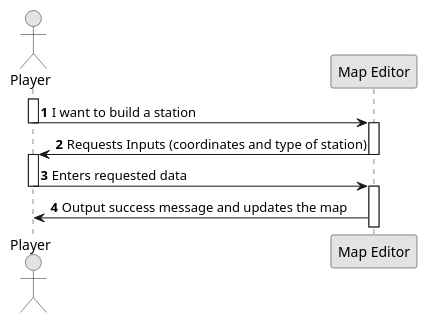
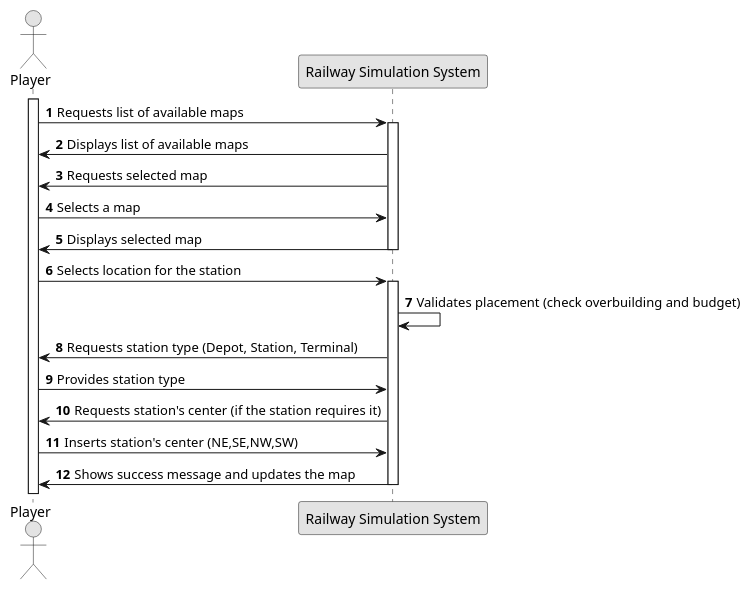
Before and after one commit to goncalolopesp/sem2-pi-24.25-g093-repo: the diagram in docs/system-documentation/US005/01.requirements-engineering/puml/US005-SSD.puml, drawn with PlantUML. The commit also changed 3 other files, not shown here.

```diff
--- a/docs/system-documentation/US005/01.requirements-engineering/puml/US005-SSD.puml
+++ b/docs/system-documentation/US005/01.requirements-engineering/puml/US005-SSD.puml
@@ -1,28 +1,42 @@
 @startuml
 
 skinparam monochrome true
 skinparam packageStyle rectangle
 skinparam shadowing false
 
 autonumber
 
 actor "Player" as Player
-participant "Map Editor" as System
+participant "Railway Simulation System" as System
 
 activate Player
 
-    Player -> System : I want to build a station
-    deactivate Player
+    Player -> System : Requests list of available maps
     activate System
 
-    System -> Player : Requests Inputs (coordinates and type of station)
+    System -> Player : Displays list of available maps
+
+    System -> Player : Requests selected map
+
+    Player -> System : Selects a map
+
+    System -> Player : Displays selected map
     deactivate System
-    activate Player
 
-    Player -> System : Enters requested data
-    deactivate Player
+    Player -> System : Selects location for the station
     activate System
 
-    System -> Player : Output success message and updates the map
+    System -> System : Validates placement (check overbuilding and budget)
+
+    System -> Player : Requests station type (Depot, Station, Terminal)
+
+    Player -> System : Provides station type
+
+    System -> Player : Requests station's center (if the station requires it)
+
+    Player -> System : Inserts station's center (NE,SE,NW,SW)
+
+    System -> Player : Shows success message and updates the map
+    deactivate System
 
 @enduml
```
